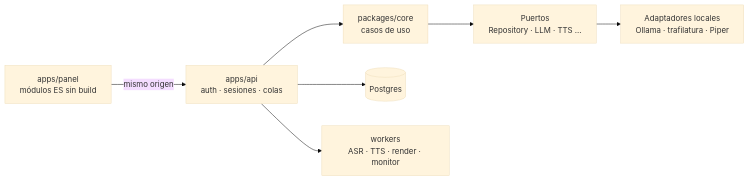
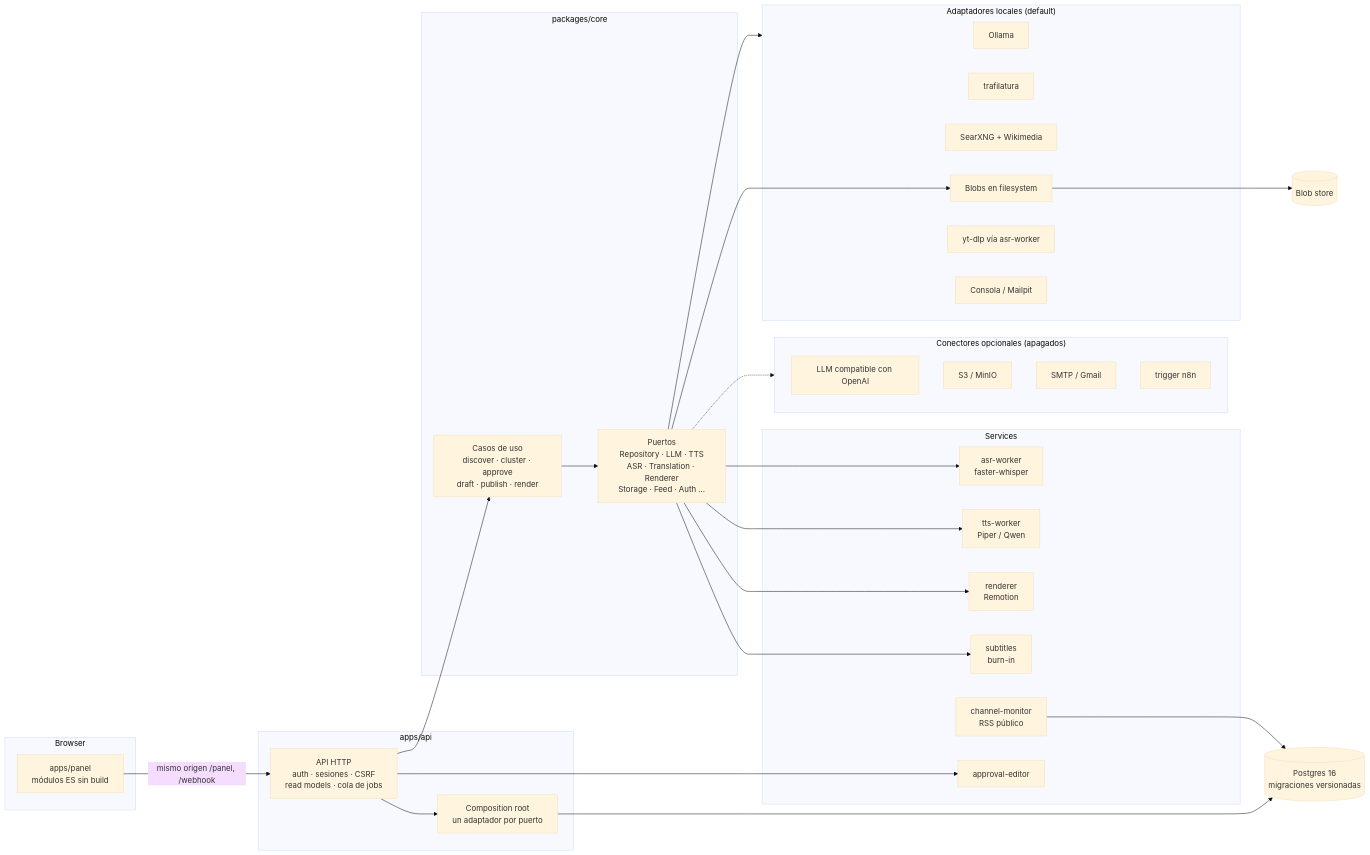
One commit to Eduardo12Pacheco/automatizacion-video-noticias changed the diagram in README.es.md. Above: the diagram before and after it, drawn with Mermaid (base theme). The commit also changed other lines of this file and 5 other files, not shown here.

````diff
--- a/README.es.md
+++ b/README.es.md
@@ -42,9 +52,60 @@
 ```mermaid
 flowchart LR
-    Panel["apps/panel<br/>módulos ES sin build"] -->|"mismo origen"| API["apps/api<br/>auth · sesiones · colas"]
-    API --> Core["packages/core<br/>casos de uso"]
-    Core --> Ports["Puertos<br/>Repository · LLM · TTS ..."]
-    Ports --> Adapters["Adaptadores locales<br/>Ollama · trafilatura · Piper"]
-    API --> DB[("Postgres")]
-    API --> Workers["workers<br/>ASR · TTS · render · monitor"]
+    subgraph Browser
+        Panel["apps/panel<br/>módulos ES sin build"]
+    end
+
+    subgraph API["apps/api"]
+        HTTP["API HTTP<br/>auth · sesiones · CSRF<br/>read models · cola de jobs"]
+        Composition["Composition root<br/>un adaptador por puerto"]
+    end
+
+    subgraph Core["packages/core"]
+        UC["Casos de uso<br/>discover · cluster · approve<br/>draft · publish · render"]
+        Ports["Puertos<br/>Repository · LLM · TTS<br/>ASR · Translation · Renderer<br/>Storage · Feed · Auth ..."]
+    end
+
+    subgraph Local["Adaptadores locales (default)"]
+        Ollama["Ollama"]
+        Extract["trafilatura"]
+        Search["SearXNG + Wikimedia"]
+        FS["Blobs en filesystem"]
+        YtDlp["yt-dlp vía asr-worker"]
+        MT["Consola / Mailpit"]
+    end
+
+    subgraph Optional["Conectores opcionales (apagados)"]
+        OpenAI["LLM compatible con OpenAI"]
+        S3["S3 / MinIO"]
+        SMTP["SMTP / Gmail"]
+        N8N["trigger n8n"]
+    end
+
+    subgraph Services
+        ASR["asr-worker<br/>faster-whisper"]
+        TTS["tts-worker<br/>Piper / Qwen"]
+        Render["renderer<br/>Remotion"]
+        Sub["subtitles<br/>burn-in"]
+        Monitor["channel-monitor<br/>RSS público"]
+        Editor["approval-editor"]
+    end
+
+    DB[("Postgres 16<br/>migraciones versionadas")]
+    Blobs[("Blob store")]
+
+    Panel -->|"mismo origen /panel, /webhook"| HTTP
+    HTTP --> Composition
+    HTTP --> UC
+    UC --> Ports
+    Ports --> Local
+    Ports -.-> Optional
+    Composition --> DB
+    Ports --> FS
+    FS --> Blobs
+    Ports --> ASR
+    Ports --> TTS
+    Ports --> Sub
+    Ports --> Render
+    HTTP --> Editor
+    Monitor --> DB
 ```
````
